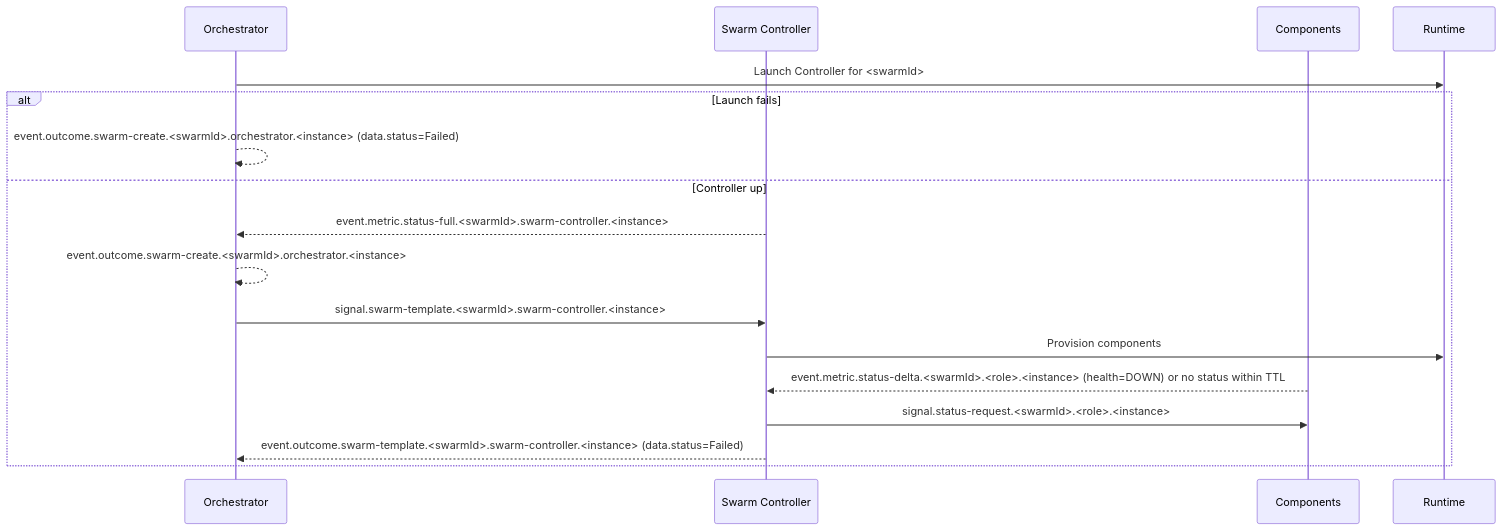
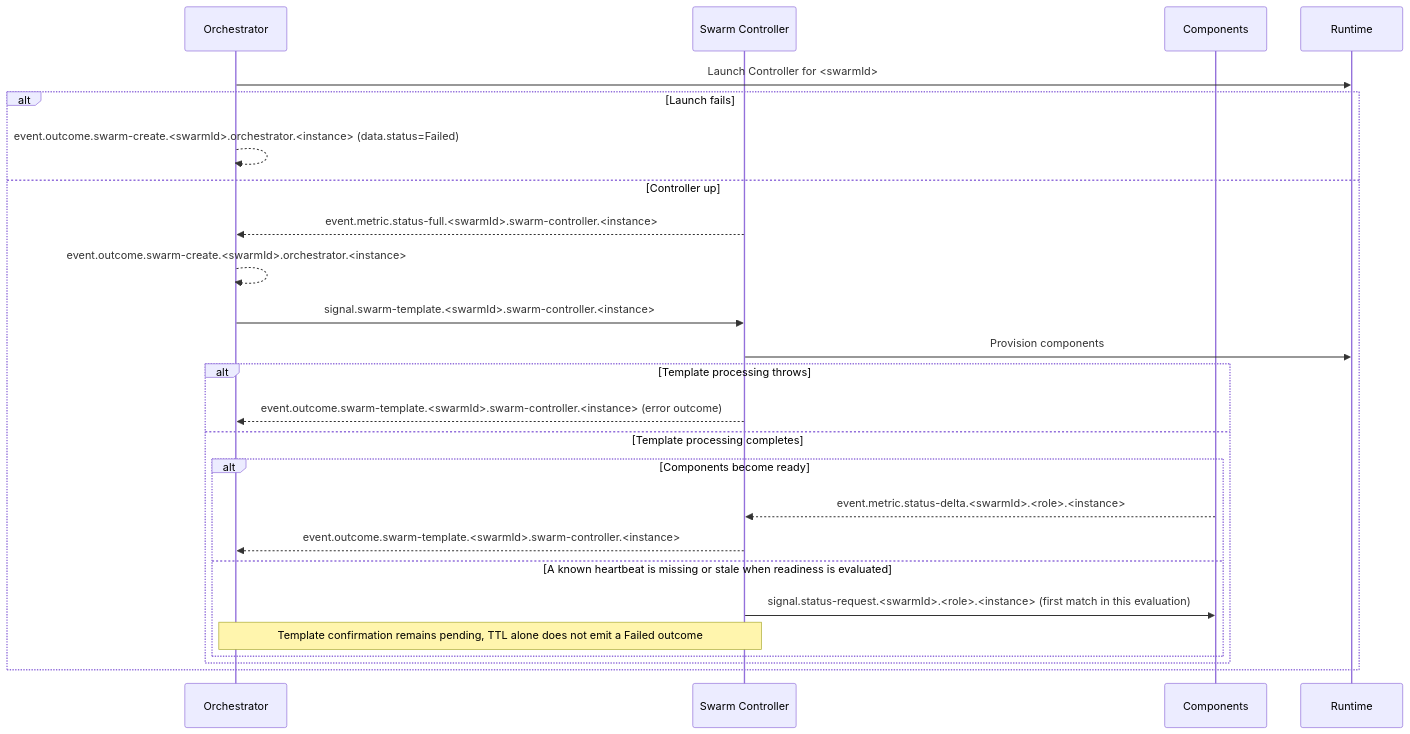
The seventh of 7 diagrams in docs/ARCHITECTURE.md (sepa79/PocketHive), drawn with Mermaid before and after one commit. The commit also changed other lines of this file and 38 other files, not shown here.

````diff
--- a/docs/ARCHITECTURE.md
+++ b/docs/ARCHITECTURE.md
@@ -640,20 +905,28 @@
 ```mermaid
 sequenceDiagram
   participant QN as Orchestrator
   participant MSH as Swarm Controller
   participant CMP as Components
   participant RT as Runtime
 
   QN->>RT: Launch Controller for <swarmId>
   alt Launch fails
     QN-->>QN: event.outcome.swarm-create.<swarmId>.orchestrator.<instance> (data.status=Failed)
   else Controller up
     MSH-->>QN: event.metric.status-full.<swarmId>.swarm-controller.<instance>
     QN-->>QN: event.outcome.swarm-create.<swarmId>.orchestrator.<instance>
     QN->>MSH: signal.swarm-template.<swarmId>.swarm-controller.<instance>
     MSH->>RT: Provision components
-    CMP-->>MSH: event.metric.status-delta.<swarmId>.<role>.<instance> (health=DOWN) or no status within TTL
-    MSH->>CMP: signal.status-request.<swarmId>.<role>.<instance>
-    MSH-->>QN: event.outcome.swarm-template.<swarmId>.swarm-controller.<instance> (data.status=Failed)
+    alt Template processing throws
+      MSH-->>QN: event.outcome.swarm-template.<swarmId>.swarm-controller.<instance> (error outcome)
+    else Template processing completes
+      alt Components become ready
+        CMP-->>MSH: event.metric.status-delta.<swarmId>.<role>.<instance>
+        MSH-->>QN: event.outcome.swarm-template.<swarmId>.swarm-controller.<instance>
+      else A known heartbeat is missing or stale when readiness is evaluated
+        MSH->>CMP: signal.status-request.<swarmId>.<role>.<instance> (first match in this evaluation)
+        Note over MSH,QN: Template confirmation remains pending, TTL alone does not emit a Failed outcome
+      end
+    end
   end
 ```
````
